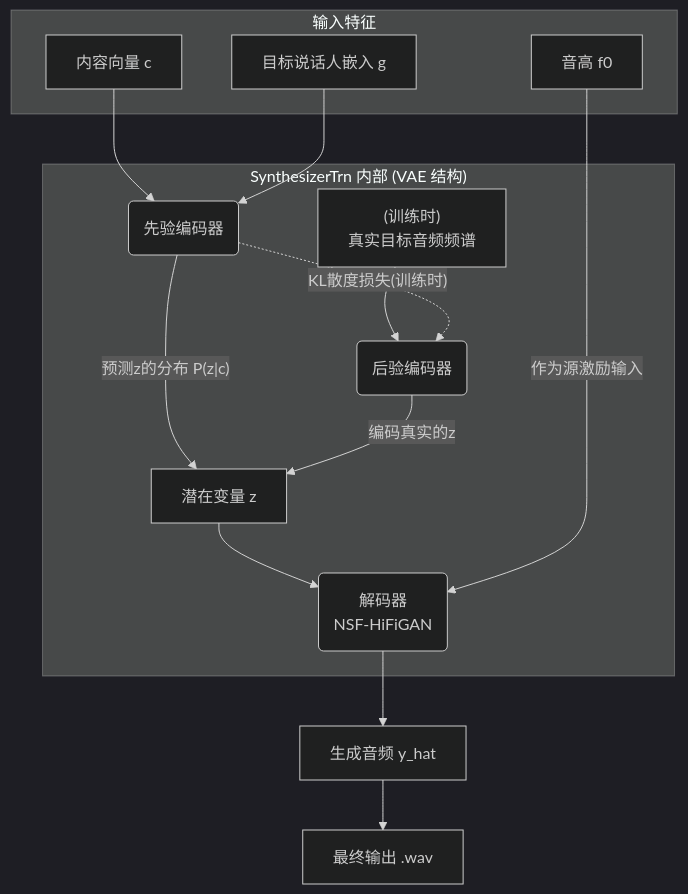
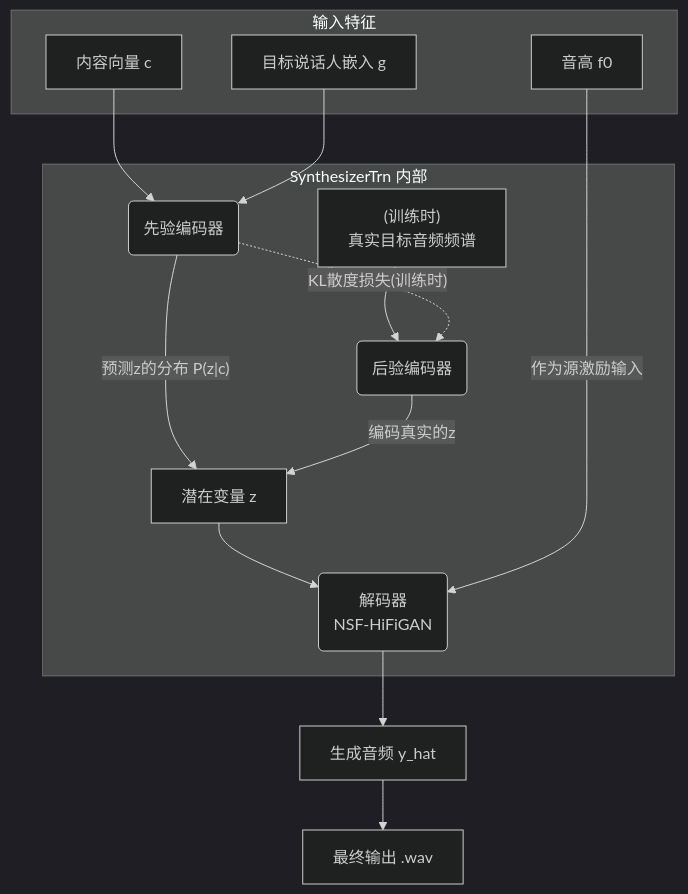
The third of 5 diagrams in So-VITS-SVC 4.1 流程图与模型详解.md (liqilun1008/sovitsvrc), drawn with Mermaid (dark theme) before and after one commit.

Commit message:
Update So-VITS-SVC 4.1 流程图与模型详解.md

````diff
--- a/So-VITS-SVC 4.1 流程图与模型详解.md
+++ b/So-VITS-SVC 4.1 流程图与模型详解.md
@@ -71,29 +71,29 @@
 ```mermaid
 graph TD
     subgraph "输入特征"
         A[内容向量 c];
         B[音高 f0];
         C[目标说话人嵌入 g];
     end
     
-    subgraph "SynthesizerTrn 内部 (VAE 结构)  "
+    subgraph "SynthesizerTrn 内部"
         D(先验编码器);
         E(后验编码器);
         F("解码器<br>NSF-HiFiGAN");
         G[潜在变量 z];
         H["(训练时)<br>真实目标音频频谱"];
 
         A & C --> D;
         D -- "预测z的分布 P(z|c)" --> G;
         
         H --> E;
         E -- "编码真实的z" --> G;
         D -.->|"KL散度损失(训练时)"| E;
 
         G --> F;
         B -- "作为源激励输入" --> F;
     end
     
     F --> I[生成音频 y_hat];
     I --> L[最终输出 .wav];
 ```
````
